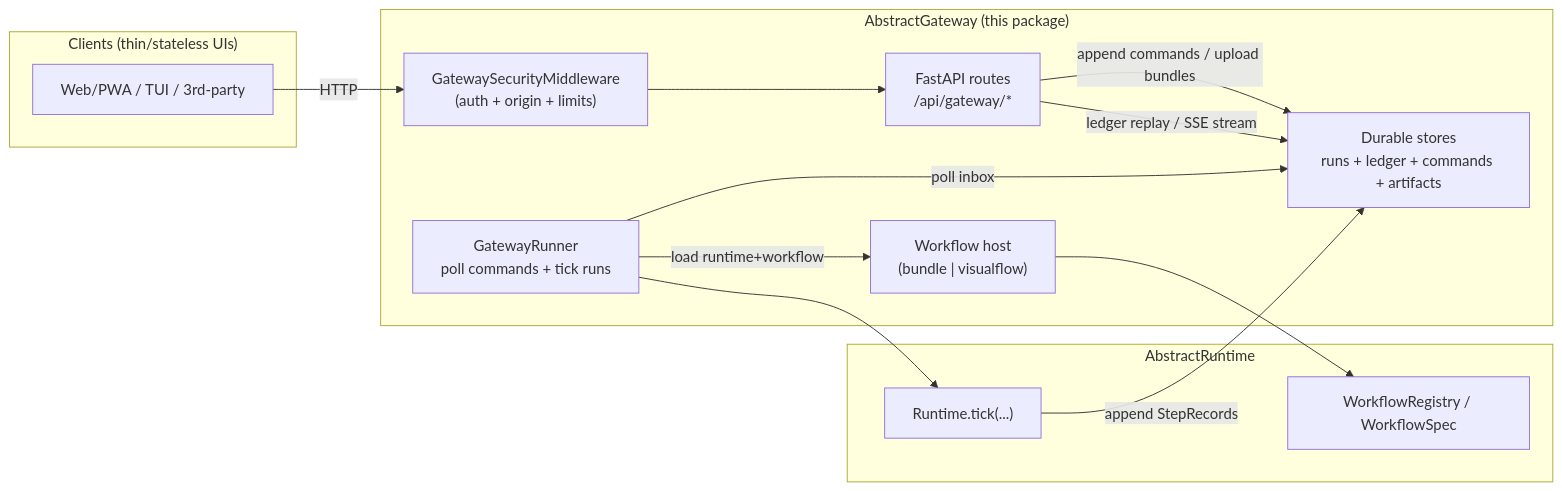
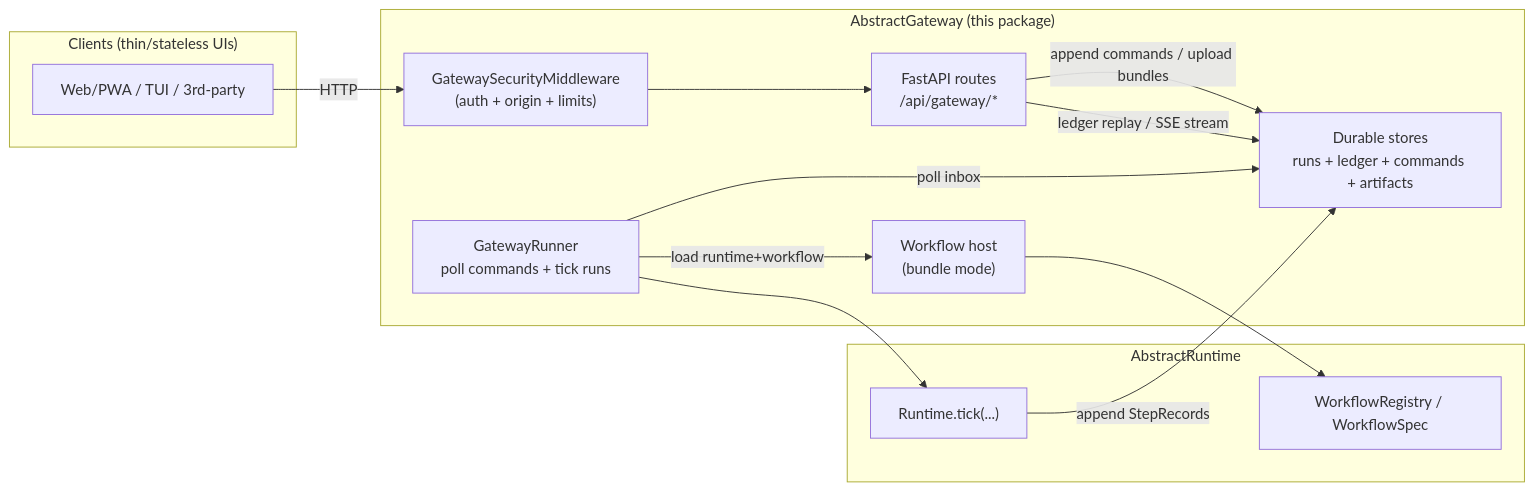
One commit to lpalbou/AbstractGateway changed the diagram in docs/architecture.md. Above: the diagram before and after it, drawn with Mermaid. The commit also changed other lines of this file and 18 other files, not shown here.

````diff
--- a/docs/architecture.md
+++ b/docs/architecture.md
@@ -22,28 +22,28 @@
 ```mermaid
 flowchart LR
   subgraph Clients["Clients (thin/stateless UIs)"]
     UI["Web/PWA / TUI / 3rd-party"]
   end
 
   subgraph GW["AbstractGateway (this package)"]
     Sec["GatewaySecurityMiddleware\n(auth + origin + limits)"]
     API["FastAPI routes\n/api/gateway/*"]
     Runner["GatewayRunner\npoll commands + tick runs"]
-    Host["Workflow host\n(bundle | visualflow)"]
+    Host["Workflow host\n(bundle mode)"]
     Stores["Durable stores\nruns + ledger + commands + artifacts"]
   end
 
   subgraph RT["AbstractRuntime"]
     Runtime["Runtime.tick(...)"]
     Registry["WorkflowRegistry / WorkflowSpec"]
   end
 
   UI -->|HTTP| Sec --> API
   API -->|append commands / upload bundles| Stores
   API -->|ledger replay / SSE stream| Stores
   Runner -->|poll inbox| Stores
   Runner -->|load runtime+workflow| Host
   Host --> Registry
   Runner --> Runtime
   Runtime -->|append StepRecords| Stores
 ```
````
